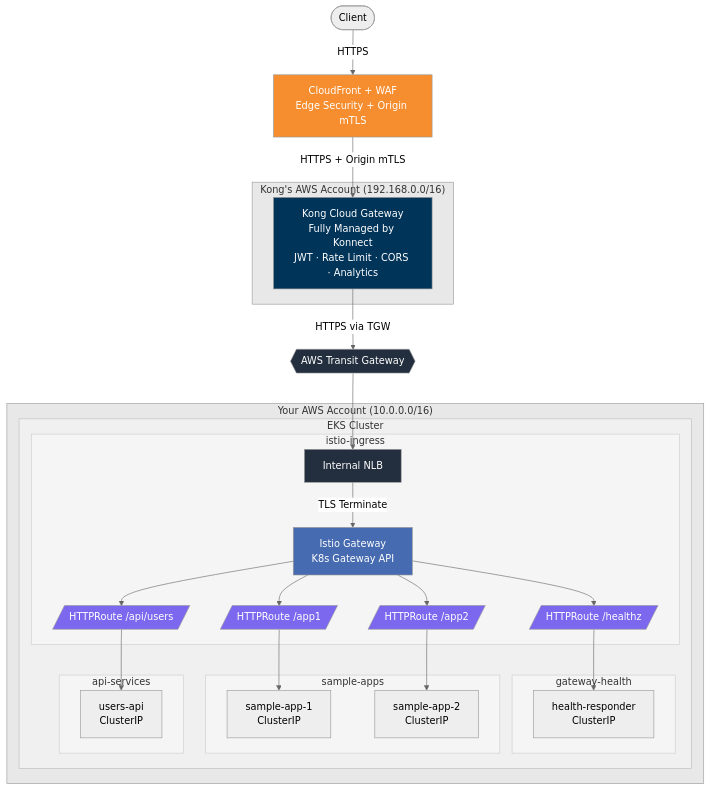
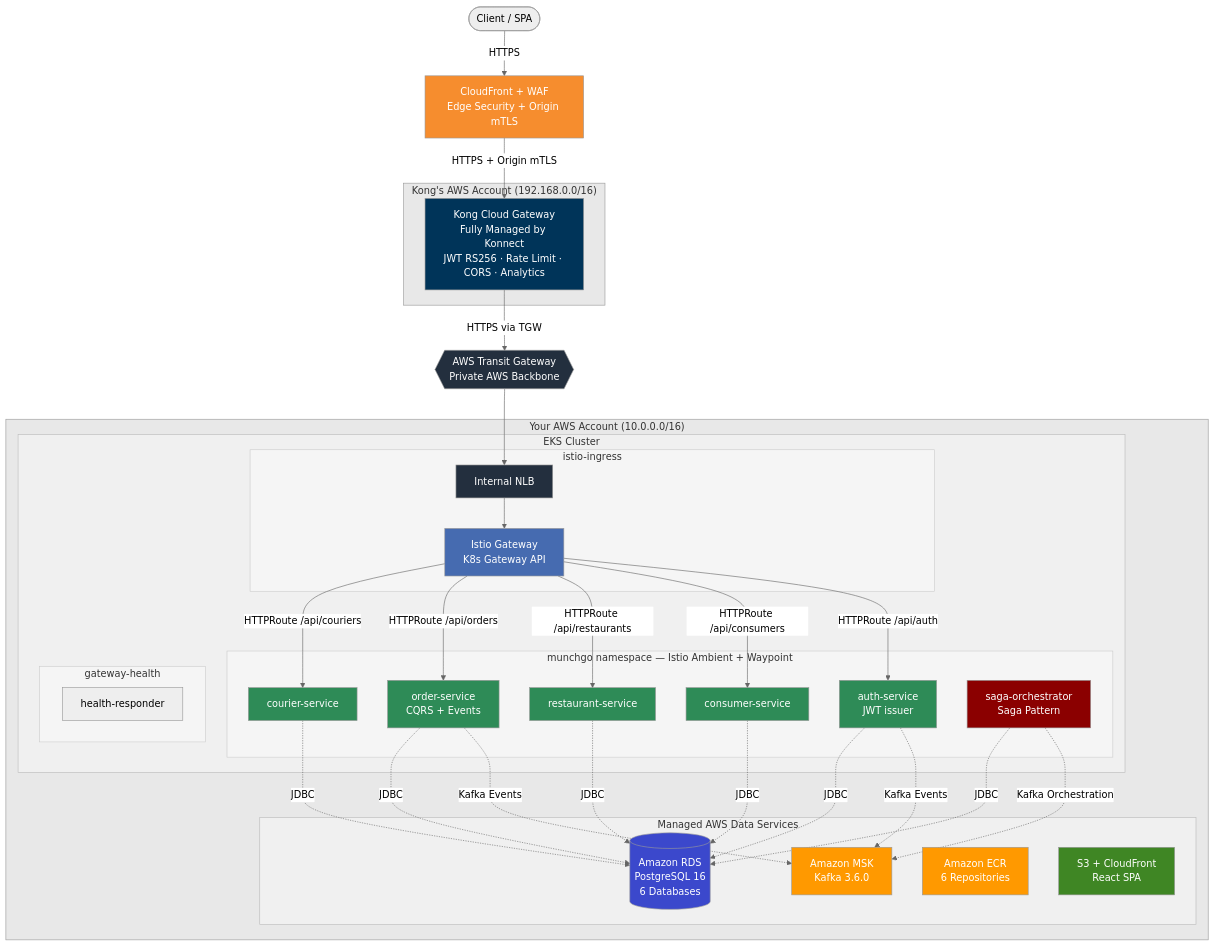
One commit to shanaka-versent/Kong-Konnect-Cloud-Gateway-on-EKS changed the first of 13 diagrams in README.md. Above: the diagram before and after it, drawn with Mermaid (neutral theme). The commit also changed other lines of this file and 41 other files, not shown here.

First line of the commit message:
Deploy MunchGo microservices platform with Istio Ambient Service Mesh

````diff
--- a/README.md
+++ b/README.md
@@ -15,65 +33,81 @@
 ```mermaid
 graph TB
-    Client([Client])
+    Client([Client / SPA])
     CF[CloudFront + WAF<br/>Edge Security + Origin mTLS]
 
     subgraph kong_acct ["Kong's AWS Account (192.168.0.0/16)"]
-        Kong[Kong Cloud Gateway<br/>Fully Managed by Konnect<br/>JWT · Rate Limit · CORS · Analytics]
+        Kong[Kong Cloud Gateway<br/>Fully Managed by Konnect<br/>JWT RS256 · Rate Limit · CORS · Analytics]
     end
 
-    TGW{{AWS Transit Gateway}}
+    TGW{{AWS Transit Gateway<br/>Private AWS Backbone}}
 
     subgraph your_acct ["Your AWS Account (10.0.0.0/16)"]
         subgraph eks_cluster [EKS Cluster]
             subgraph ns_istio_ing [istio-ingress]
                 NLB[Internal NLB]
                 IGW[Istio Gateway<br/>K8s Gateway API]
-                HR1[/HTTPRoute /healthz/]
-                HR2[/HTTPRoute /app1/]
-                HR3[/HTTPRoute /app2/]
-                HR4[/HTTPRoute /api/users/]
+            end
+            subgraph ns_munchgo [munchgo namespace — Istio Ambient + Waypoint]
+                AUTH[auth-service<br/>JWT issuer]
+                CONSUMER[consumer-service]
+                RESTAURANT[restaurant-service]
+                ORDER[order-service<br/>CQRS + Events]
+                COURIER[courier-service]
+                SAGA[saga-orchestrator<br/>Saga Pattern]
             end
             subgraph ns_gw_health [gateway-health]
-                Health[health-responder<br/>ClusterIP]
+                Health[health-responder]
             end
-            subgraph ns_sample [sample-apps]
-                App1[sample-app-1<br/>ClusterIP]
-                App2[sample-app-2<br/>ClusterIP]
-            end
-            subgraph ns_api [api-services]
-                API[users-api<br/>ClusterIP]
-            end
+        end
+        subgraph data_services [Managed AWS Data Services]
+            MSK[Amazon MSK<br/>Kafka 3.6.0]
+            RDS[(Amazon RDS<br/>PostgreSQL 16<br/>6 Databases)]
+            ECR[Amazon ECR<br/>6 Repositories]
+            S3[S3 + CloudFront<br/>React SPA]
         end
     end
 
     Client -->|HTTPS| CF
     CF -->|HTTPS + Origin mTLS| Kong
     Kong -->|HTTPS via TGW| TGW
     TGW --> NLB
-    NLB -->|TLS Terminate| IGW
-    IGW --> HR1
-    IGW --> HR2
-    IGW --> HR3
-    IGW --> HR4
-    HR1 --> Health
-    HR2 --> App1
-    HR3 --> App2
-    HR4 --> API
+    NLB --> IGW
+    IGW -->|HTTPRoute /api/auth| AUTH
+    IGW -->|HTTPRoute /api/consumers| CONSUMER
+    IGW -->|HTTPRoute /api/restaurants| RESTAURANT
+    IGW -->|HTTPRoute /api/orders| ORDER
+    IGW -->|HTTPRoute /api/couriers| COURIER
+
+    AUTH -.->|Kafka Events| MSK
+    ORDER -.->|Kafka Events| MSK
+    SAGA -.->|Kafka Orchestration| MSK
+    AUTH -.->|JDBC| RDS
+    CONSUMER -.->|JDBC| RDS
+    RESTAURANT -.->|JDBC| RDS
+    ORDER -.->|JDBC| RDS
+    COURIER -.->|JDBC| RDS
+    SAGA -.->|JDBC| RDS
 
     style Kong fill:#003459,color:#fff
     style IGW fill:#466BB0,color:#fff
     style CF fill:#F68D2E,color:#fff
     style TGW fill:#232F3E,color:#fff
     style NLB fill:#232F3E,color:#fff
-    style HR1 fill:#7B68EE,color:#fff
-    style HR2 fill:#7B68EE,color:#fff
-    style HR3 fill:#7B68EE,color:#fff
-    style HR4 fill:#7B68EE,color:#fff
+    style MSK fill:#FF9900,color:#fff
+    style RDS fill:#3B48CC,color:#fff
+    style ECR fill:#FF9900,color:#fff
+    style S3 fill:#3F8624,color:#fff
+    style AUTH fill:#2E8B57,color:#fff
+    style CONSUMER fill:#2E8B57,color:#fff
+    style RESTAURANT fill:#2E8B57,color:#fff
+    style ORDER fill:#2E8B57,color:#fff
+    style COURIER fill:#2E8B57,color:#fff
+    style SAGA fill:#8B0000,color:#fff
     style kong_acct fill:#E8E8E8,stroke:#999,color:#333
     style your_acct fill:#E8E8E8,stroke:#999,color:#333
     style eks_cluster fill:#F0F0F0,stroke:#BBB,color:#333
+    style data_services fill:#F0F0F0,stroke:#BBB,color:#333
     style ns_istio_ing fill:#F5F5F5,stroke:#CCC,color:#333
+    style ns_munchgo fill:#F5F5F5,stroke:#CCC,color:#333
     style ns_gw_health fill:#F5F5F5,stroke:#CCC,color:#333
-    style ns_sample fill:#F5F5F5,stroke:#CCC,color:#333
-    style ns_api fill:#F5F5F5,stroke:#CCC,color:#333
 ```
````
